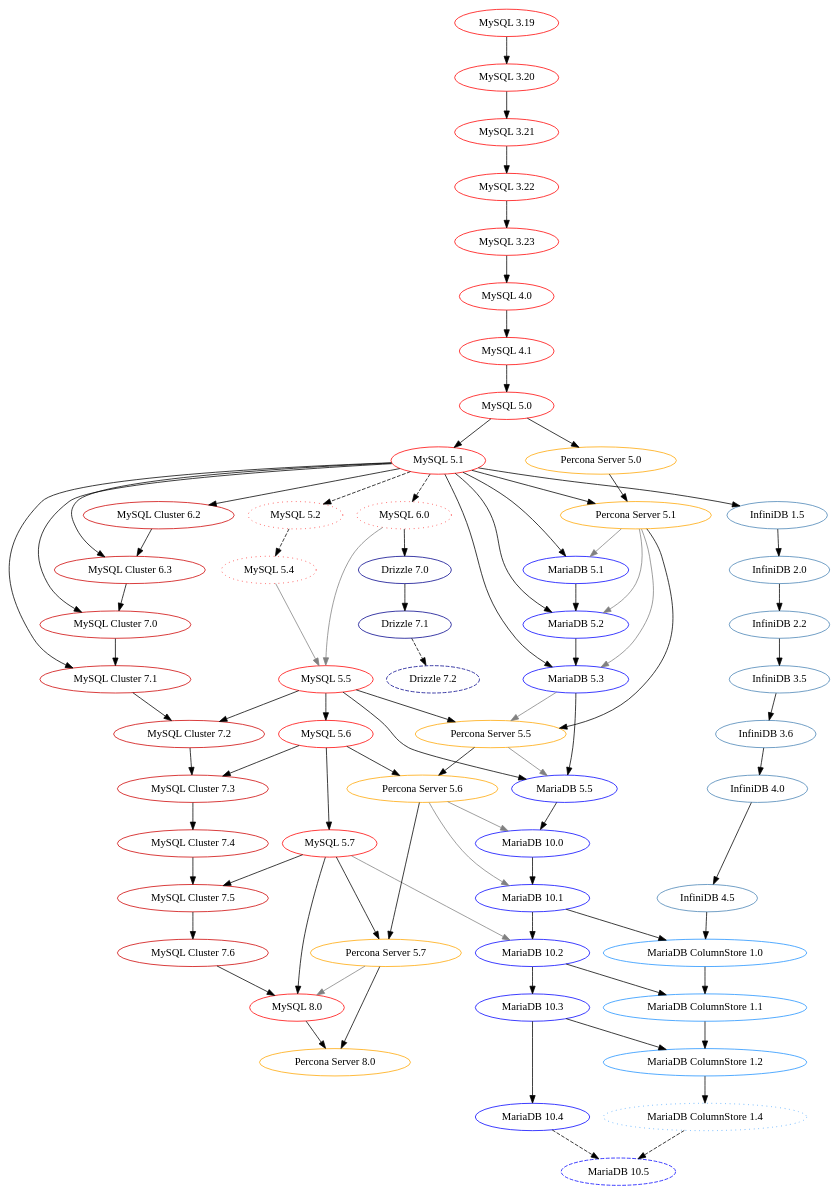
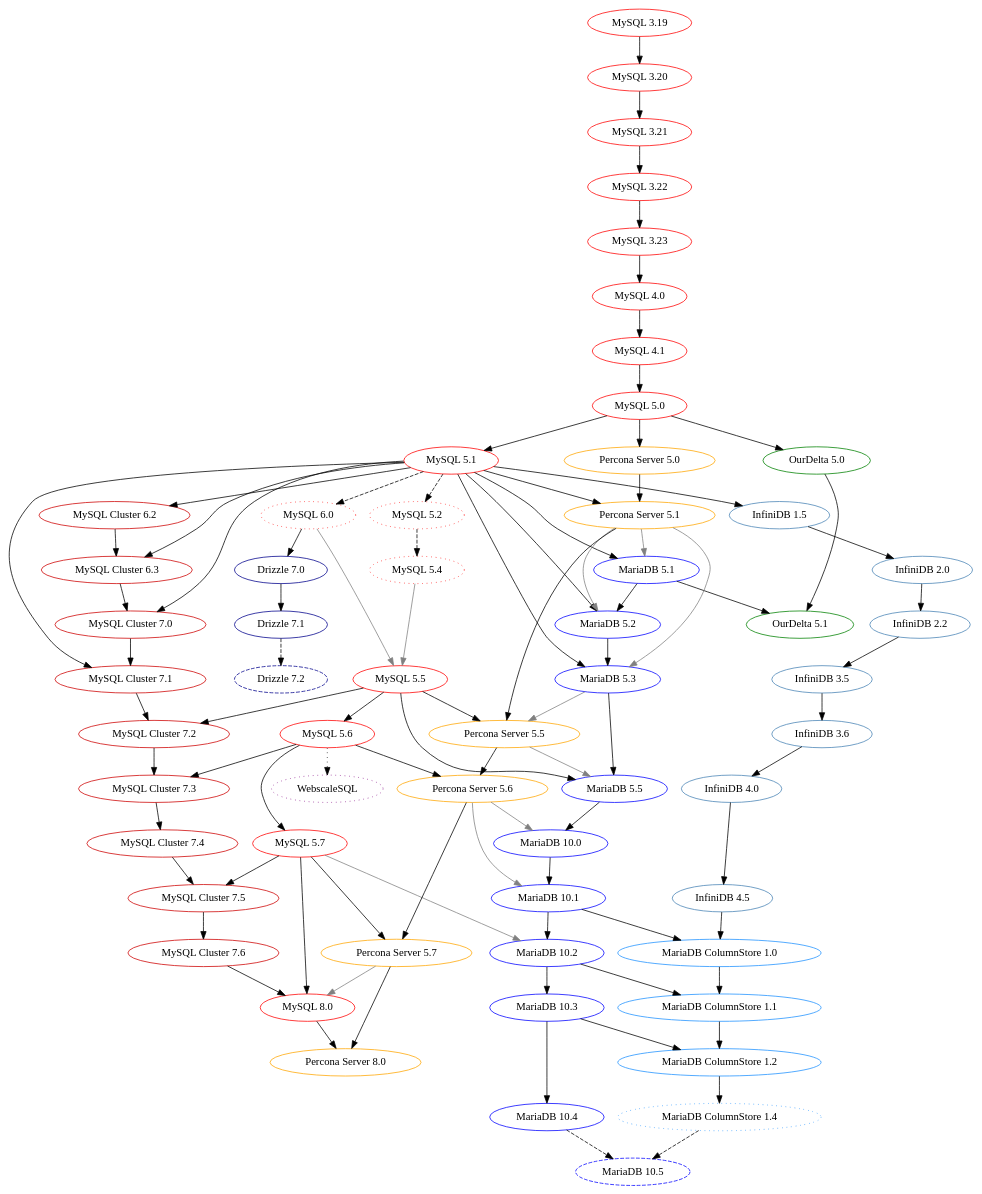
The diagram in mysql-history-graph.dot (dveeden/mysql-history-graph), drawn with Graphviz before and after one commit. The commit also changed 2 other files, not shown here.

Commit message:
Add WebscaleSQL and OurDelta
Closes #3

```diff
--- a/mysql-history-graph.dot
+++ b/mysql-history-graph.dot
@@ -1,14 +1,21 @@
 digraph mysql_history_graph {
 	/* Standards:
-	   Non-GA: 		                    dashed
-	   Abandoned / No public release: 	dotted
-	   Oracle MySQL: 	                red
-	   MySQL Cluster: 	                red3
-	   MariaDB: 		                blue
-       InfiniDB:                        steelblue
-       MariaDB ColumnStore:             dodgerblue
-	   Drizzle: 		                blue4
-	   Percona Server: 	                orange
+           Non-GA:                          dashed
+           Abandoned / No public release:   dotted
+
+           Oracle MySQL:        red
+           MySQL Cluster:       red3
+           MariaDB:             blue
+           InfiniDB:            steelblue
+           MariaDB ColumnStore: dodgerblue
+           Drizzle:             blue4
+           Percona Server:      orange
+           Drizzle:             blue4
+           Percona Server:      orange
+           Webscale:            purple
+           OurSQL:              green
+
+           https://www.graphviz.org/doc/info/colors.html
 	*/
 
 	/* MySQL/Sun/Oracle MySQL GA */
@@ -180,4 +187,28 @@
 	"MySQL 6.0" -> "Drizzle 7.0";
 	"Drizzle 7.0" -> "Drizzle 7.1";
 	"Drizzle 7.1" -> "Drizzle 7.2" [style="dashed"];
+
+        /* Webscale
+
+           As WebscaleSQL didn't do releases, but left that to the consumers
+           of the project it doesn't look like it has versions. In addition
+           it looks like it only ever was based on MySQL 5.6
+
+           * http://webscalesql.org/faq.html
+           * https://en.wikipedia.org/wiki/WebScaleSQL
+         */
+        "WebscaleSQL" [color="purple", style="dotted"];
+        "MySQL 5.6" -> "WebscaleSQL" [style="dotted"];
+
+        /* OurDelta
+
+           * https://openquery.com.au/products/ourdelta
+           * https://code.launchpad.net/~ourdelta-core/ourdelta/trunk
+         */
+
+        "OurDelta 5.0" [color="green"];
+        "OurDelta 5.1" [color="green"];
+        "MySQL 5.0" -> "OurDelta 5.0";
+        "OurDelta 5.0" -> "OurDelta 5.1";
+        "MariaDB 5.1" -> "OurDelta 5.1";
 }
```
